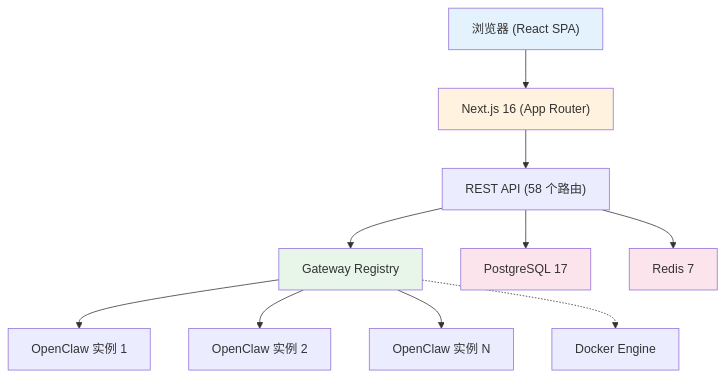
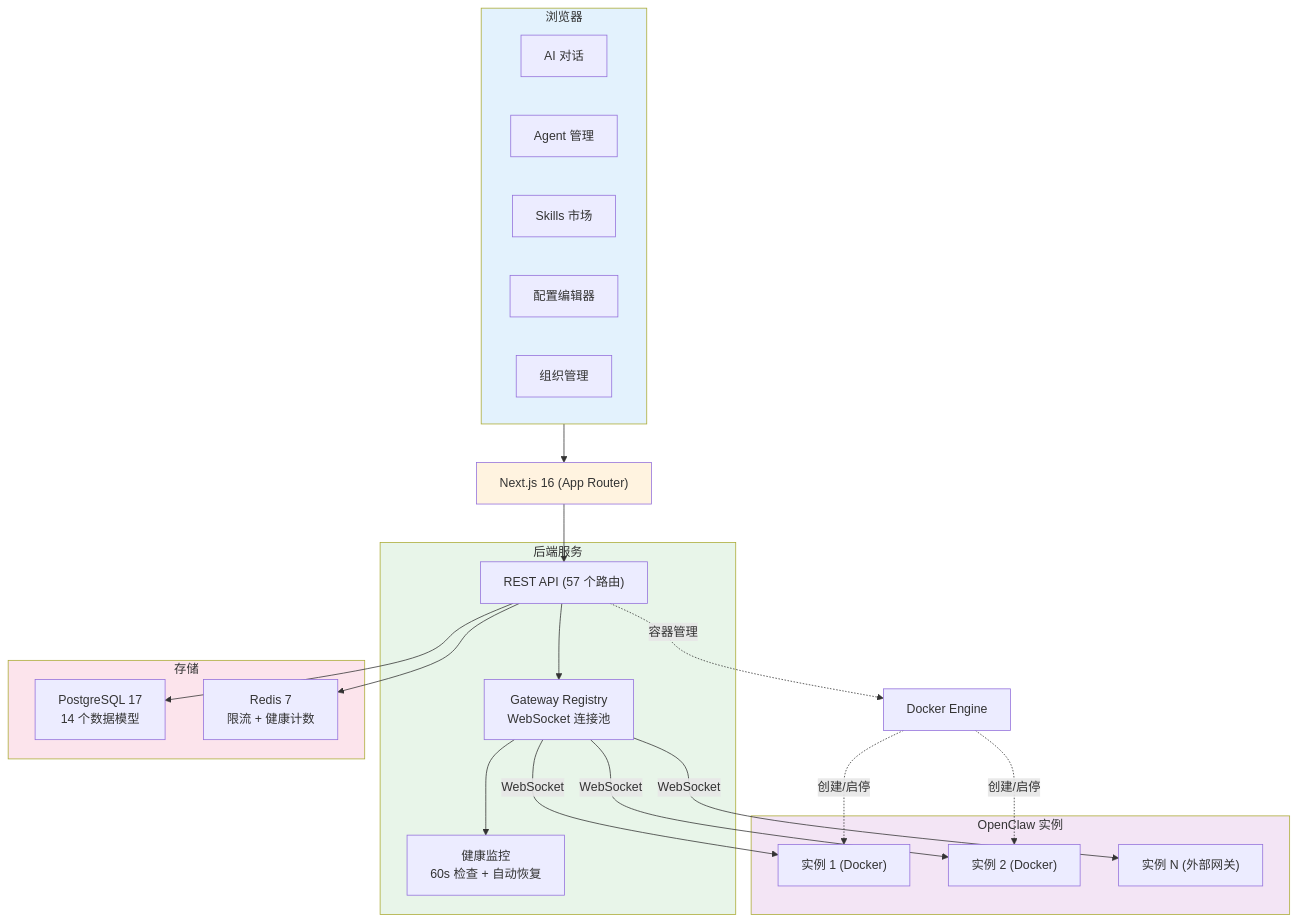
One commit to szsip239/teamclaw changed the first of 2 diagrams in README.md. Above: the diagram before and after it, drawn with Mermaid. The commit also changed other lines of this file, not shown here.

First line of the commit message:
docs: enrich README with core feature modules and architecture

````diff
--- a/README.md
+++ b/README.md
@@ -96,29 +124,50 @@
 ```mermaid
 graph TB
-    Browser["浏览器 (React SPA)"]
+    subgraph Client["浏览器"]
+        Chat["AI 对话"]
+        AgentUI["Agent 管理"]
+        SkillUI["Skills 市场"]
+        ConfigUI["配置编辑器"]
+        OrgUI["组织管理"]
+    end
+
     NextJS["Next.js 16 (App Router)"]
-    API["REST API (58 个路由)"]
-    GW["Gateway Registry"]
-    OC1["OpenClaw 实例 1"]
-    OC2["OpenClaw 实例 2"]
-    OCN["OpenClaw 实例 N"]
-    PG["PostgreSQL 17"]
-    RD["Redis 7"]
+
+    subgraph Backend["后端服务"]
+        API["REST API (57 个路由)"]
+        GW["Gateway Registry<br/>WebSocket 连接池"]
+        Health["健康监控<br/>60s 检查 + 自动恢复"]
+    end
+
+    subgraph Storage["存储"]
+        PG["PostgreSQL 17<br/>14 个数据模型"]
+        RD["Redis 7<br/>限流 + 健康计数"]
+    end
+
+    subgraph Instances["OpenClaw 实例"]
+        OC1["实例 1 (Docker)"]
+        OC2["实例 2 (Docker)"]
+        OCN["实例 N (外部网关)"]
+    end
+
     DK["Docker Engine"]
 
-    Browser --> NextJS
+    Client --> NextJS
     NextJS --> API
     API --> GW
     API --> PG
     API --> RD
-    GW --> OC1
-    GW --> OC2
-    GW --> OCN
-    GW -.-> DK
+    GW --> Health
+    GW -- "WebSocket" --> OC1
+    GW -- "WebSocket" --> OC2
+    GW -- "WebSocket" --> OCN
+    API -. "容器管理" .-> DK
+    DK -. "创建/启停" .-> OC1
+    DK -. "创建/启停" .-> OC2
 
-    style Browser fill:#e3f2fd
+    style Client fill:#e3f2fd
     style NextJS fill:#fff3e0
-    style GW fill:#e8f5e9
-    style PG fill:#fce4ec
-    style RD fill:#fce4ec
+    style Backend fill:#e8f5e9
+    style Storage fill:#fce4ec
+    style Instances fill:#f3e5f5
 ```
````
